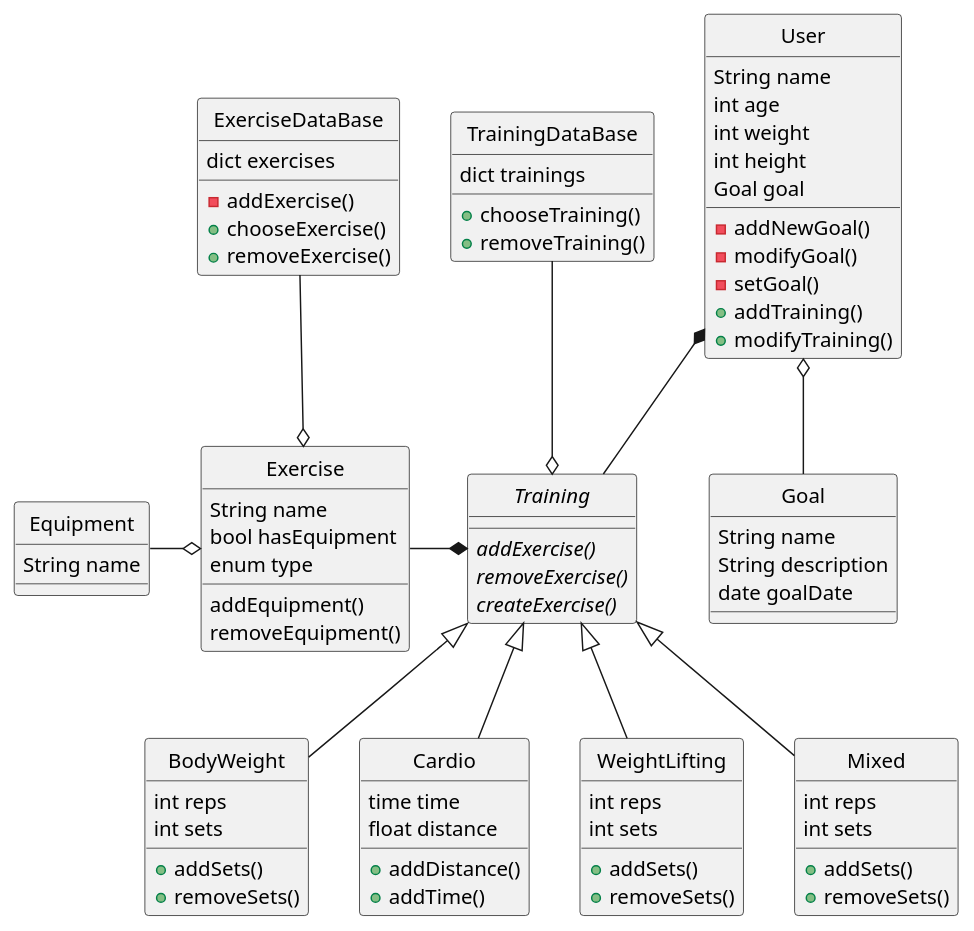
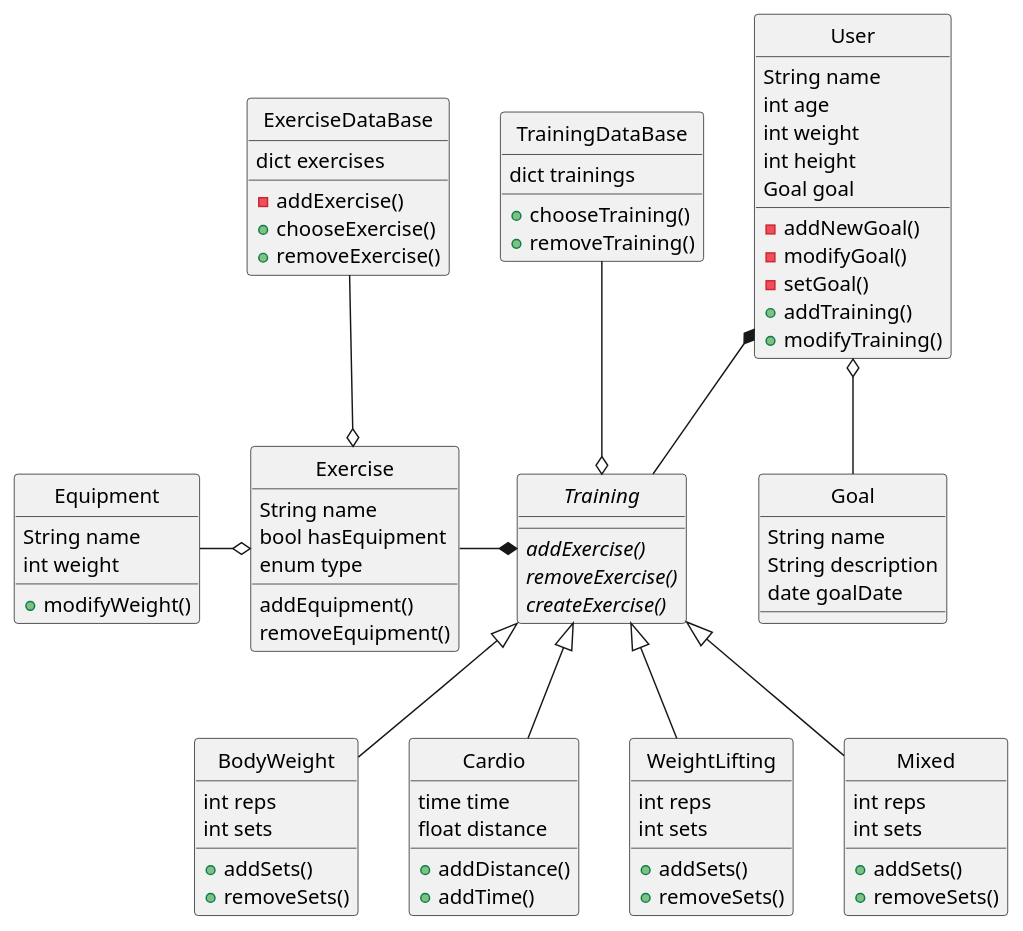
Before and after one commit to Hanna-J-K/fitnessapp: the diagram in diagram.plantuml, drawn with PlantUML.

Commit message:
posprzatane

```diff
--- a/diagram.plantuml
+++ b/diagram.plantuml
@@ -1,97 +1,95 @@
 @startuml FitnessUml
 skinparam Style strictuml
 class User {
     String name
     int age
     int weight
     int height
     Goal goal
     -addNewGoal()
     -modifyGoal()
     -setGoal()
     +addTraining()
     +modifyTraining()
 }
 
-User o-- Goal
-User *-- Training
-
 class Goal {
     String name
     String description
     date goalDate
 }
 
 class TrainingDataBase {
     dict trainings
     +chooseTraining()
     +removeTraining()
 }
-
-TrainingDataBase --o Training
-ExerciseDataBase --o Exercise
 
 class ExerciseDataBase {
     dict exercises
     -addExercise()
     +chooseExercise()
     +removeExercise()
 }
 
 class Exercise {
     String name
     bool hasEquipment
     enum type
     addEquipment()
     removeEquipment()
 }
 
-Equipment -o Exercise
-Exercise -* Training
-
 class Equipment {
     String name
+    int weight
+    +modifyWeight()
 }
 
 abstract class Training {
     {abstract} addExercise()
     {abstract} removeExercise()
     {abstract} createExercise()
 }
-
-Training <|-- BodyWeight
-Training <|-- Cardio
-Training <|-- WeightLifting
-Training <|-- Mixed
 
 class BodyWeight {
     int reps
     int sets
     +addSets()
     +removeSets()
 }
 
 class Cardio {
     time time 
     float distance
     +addDistance()
     +addTime()
 
 }
 
 class WeightLifting {
     int reps
     int sets
     +addSets()
     +removeSets()
 }
 
 class Mixed {
     int reps
     int sets
     +addSets()
     +removeSets()
 }
 
+User o-- Goal
+User *-- Training
+Equipment -o Exercise
+Exercise -* Training
+TrainingDataBase --o Training
+ExerciseDataBase --o Exercise
+Training <|-- BodyWeight
+Training <|-- Cardio
+Training <|-- WeightLifting
+Training <|-- Mixed
 
 @enduml
```
